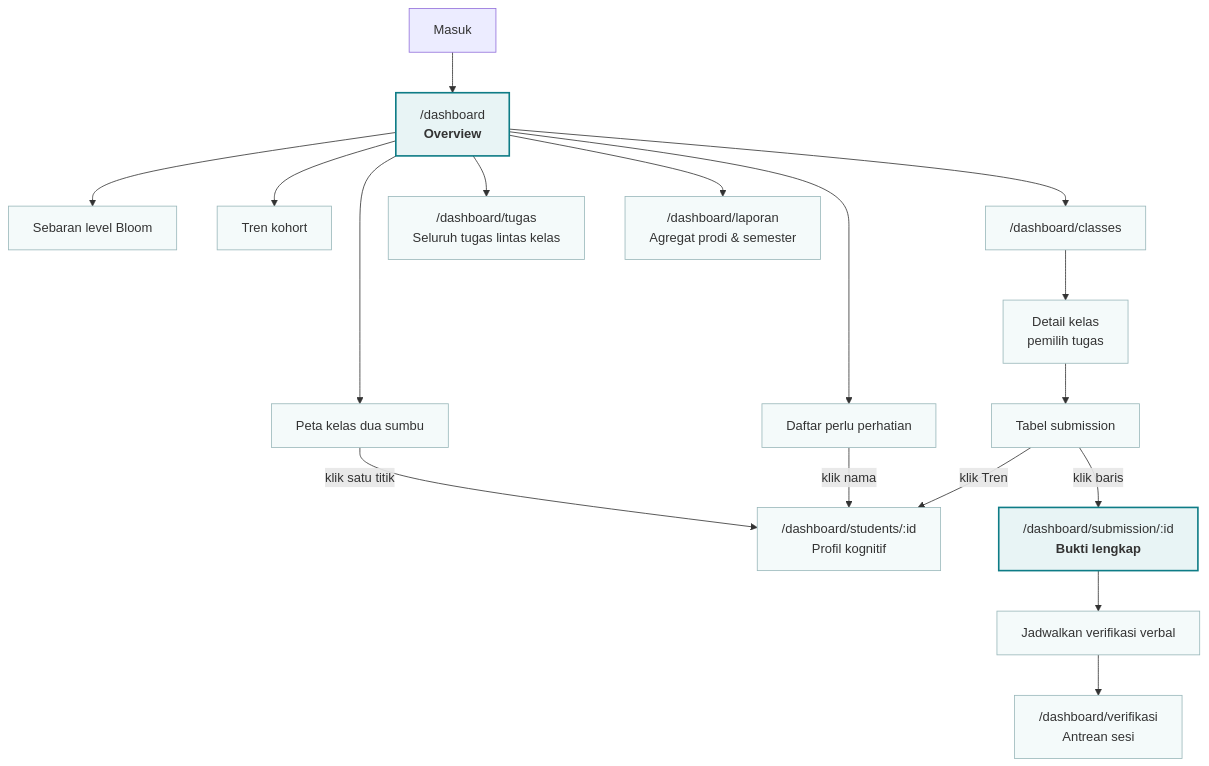
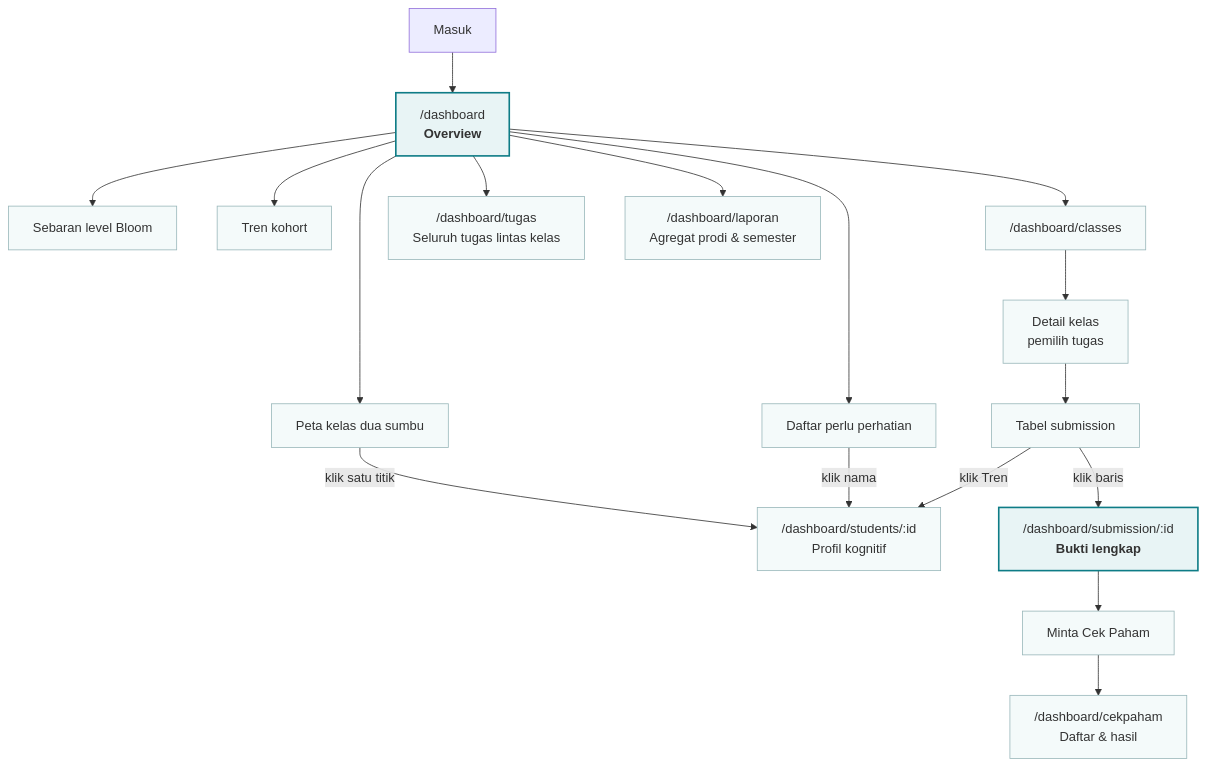
The first of 5 diagrams in diagram/02-alur-dosen.md (FadhRach/ThinkPath), drawn with Mermaid before and after one commit. The commit also changed other lines of this file and 23 other files, not shown here.

First line of the commit message:
docs: Cek Paham di README dan diagram, protokol evaluasi di ai_experiment

````diff
--- a/diagram/02-alur-dosen.md
+++ b/diagram/02-alur-dosen.md
@@ -10,29 +10,29 @@
 ```mermaid
 flowchart TD
     L["Masuk"] --> OV["/dashboard<br/><b>Overview</b>"]
 
     OV --> PK["Peta kelas dua sumbu"]
     OV --> SB["Sebaran level Bloom"]
     OV --> TK["Tren kohort"]
     OV --> PP["Daftar perlu perhatian"]
 
     PK -->|"klik satu titik"| PROF["/dashboard/students/:id<br/>Profil kognitif"]
     PP -->|"klik nama"| PROF
 
     OV --> KLS["/dashboard/classes"]
     KLS --> DET["Detail kelas<br/>pemilih tugas"]
     DET --> TBL["Tabel submission"]
     TBL -->|"klik baris"| SUB["/dashboard/submission/:id<br/><b>Bukti lengkap</b>"]
     TBL -->|"klik Tren"| PROF
 
-    SUB --> VER["Jadwalkan verifikasi verbal"]
-    VER --> ANT["/dashboard/verifikasi<br/>Antrean sesi"]
+    SUB --> VER["Minta Cek Paham"]
+    VER --> ANT["/dashboard/cekpaham<br/>Daftar & hasil"]
 
     OV --> TGS["/dashboard/tugas<br/>Seluruh tugas lintas kelas"]
     OV --> LAP["/dashboard/laporan<br/>Agregat prodi & semester"]
 
     classDef utama fill:#E8F4F5,stroke:#0E7C86,stroke-width:2px
     classDef biasa fill:#F4FAFA,stroke:#9AB8BB
     class OV,SUB utama
     class PK,SB,TK,PP,KLS,DET,TBL,PROF,VER,ANT,TGS,LAP biasa
 ```
````
